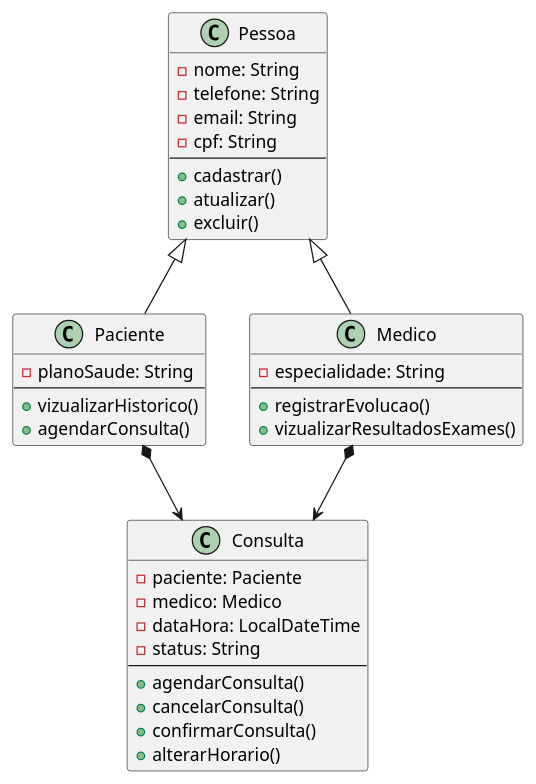
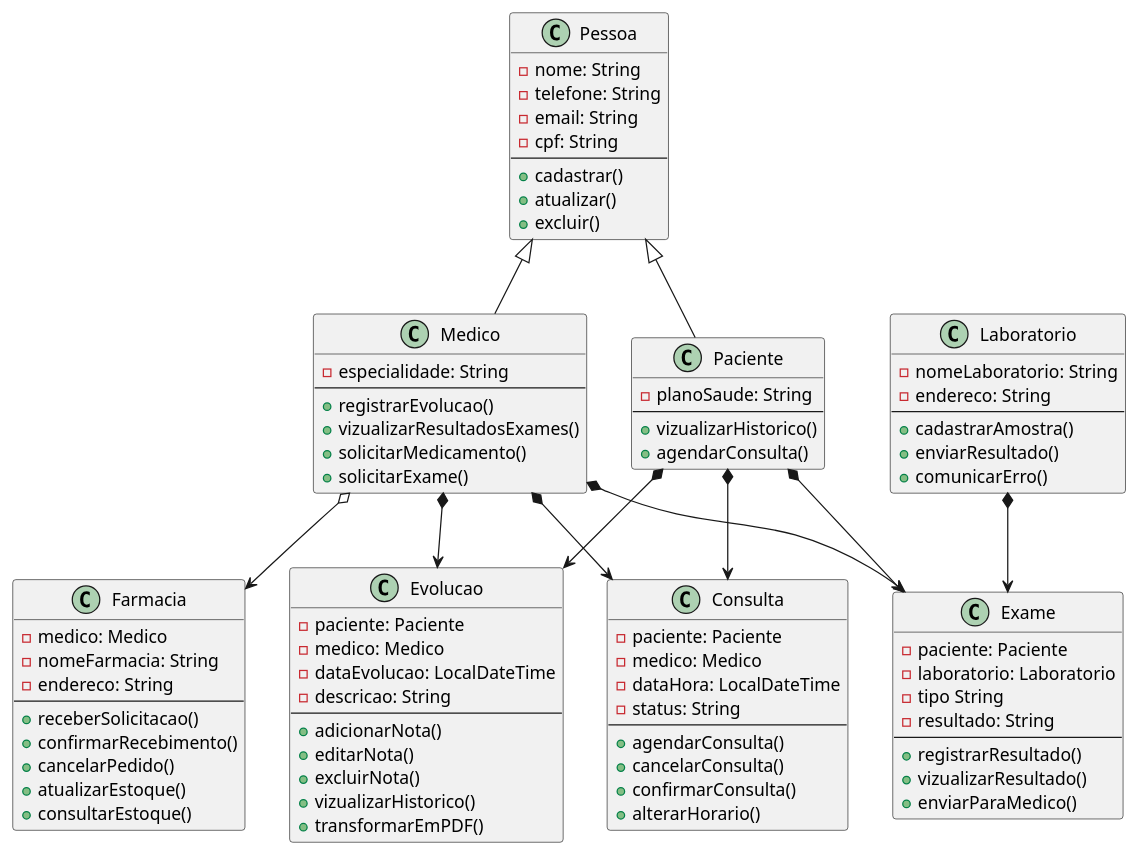
The diagram in diagrama.puml (CaueGR/A3-MS), drawn with PlantUML before and after one commit.

Commit message:
Evolucao, Laboratorio, Exame e Farmacia

```diff
--- a/diagrama.puml
+++ b/diagrama.puml
@@ -1,42 +1,96 @@
 @startuml Prontuário Medico
 
 class Pessoa{
 -nome: String 
 -telefone: String
 -email: String
 -cpf: String
 --
 +cadastrar()
 +atualizar()
 +excluir()
 }
 
 class Paciente extends Pessoa{
     -planoSaude: String
     --
     +vizualizarHistorico()
     +agendarConsulta()
 }
 
 class Medico extends Pessoa{
     -especialidade: String
     --
     +registrarEvolucao()
     +vizualizarResultadosExames()
+    +solicitarMedicamento()
+    +solicitarExame()
 }
 
 class Consulta{
     -paciente: Paciente
     -medico: Medico
     -dataHora: LocalDateTime
     -status: String
     --
     +agendarConsulta()
     +cancelarConsulta()
     +confirmarConsulta()
     +alterarHorario()
 }
 
+class Evolucao{
+    -paciente: Paciente
+    -medico: Medico
+    -dataEvolucao: LocalDateTime
+    -descricao: String
+    --
+    +adicionarNota()
+    +editarNota()
+    +excluirNota()
+    +vizualizarHistorico()
+    +transformarEmPDF()
+}
+
+class Laboratorio{
+    -nomeLaboratorio: String
+    -endereco: String
+    --
+    +cadastrarAmostra()
+    +enviarResultado()
+    +comunicarErro()
+}
+
+class Exame{
+    -paciente: Paciente
+    -laboratorio: Laboratorio
+    -tipo String
+    -resultado: String
+    --
+    +registrarResultado()
+    +vizualizarResultado()
+    +enviarParaMedico()
+}
+
+class Farmacia{
+    -medico: Medico
+    -nomeFarmacia: String
+    -endereco: String
+    --
+    +receberSolicitacao()
+    +confirmarRecebimento()
+    +cancelarPedido()
+    +atualizarEstoque()
+    +consultarEstoque()
+}
+
+
 Paciente *--> Consulta
 Medico *--> Consulta
+Paciente *--> Evolucao
+Medico *--> Evolucao
+Paciente *--> Exame
+Laboratorio *--> Exame
+Medico o--> Farmacia
+Medico *--> Exame
 @enduml
```
